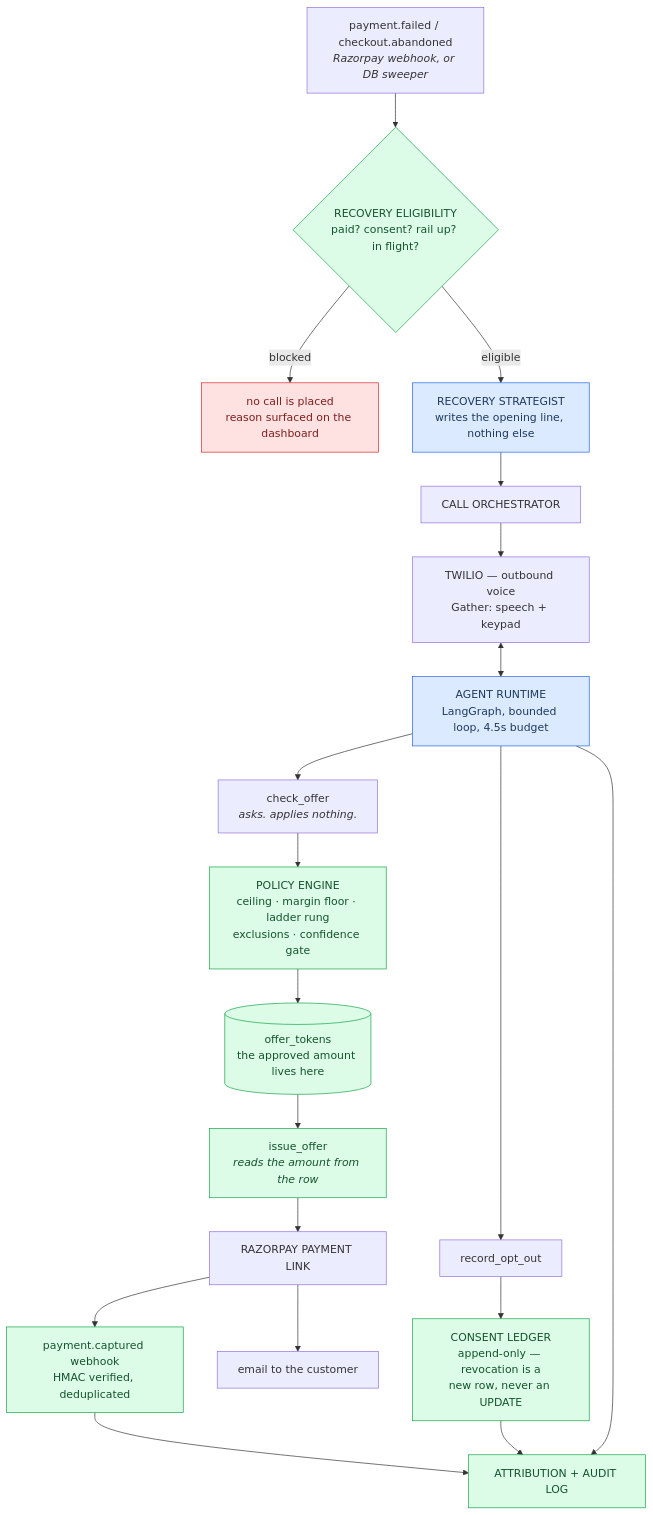
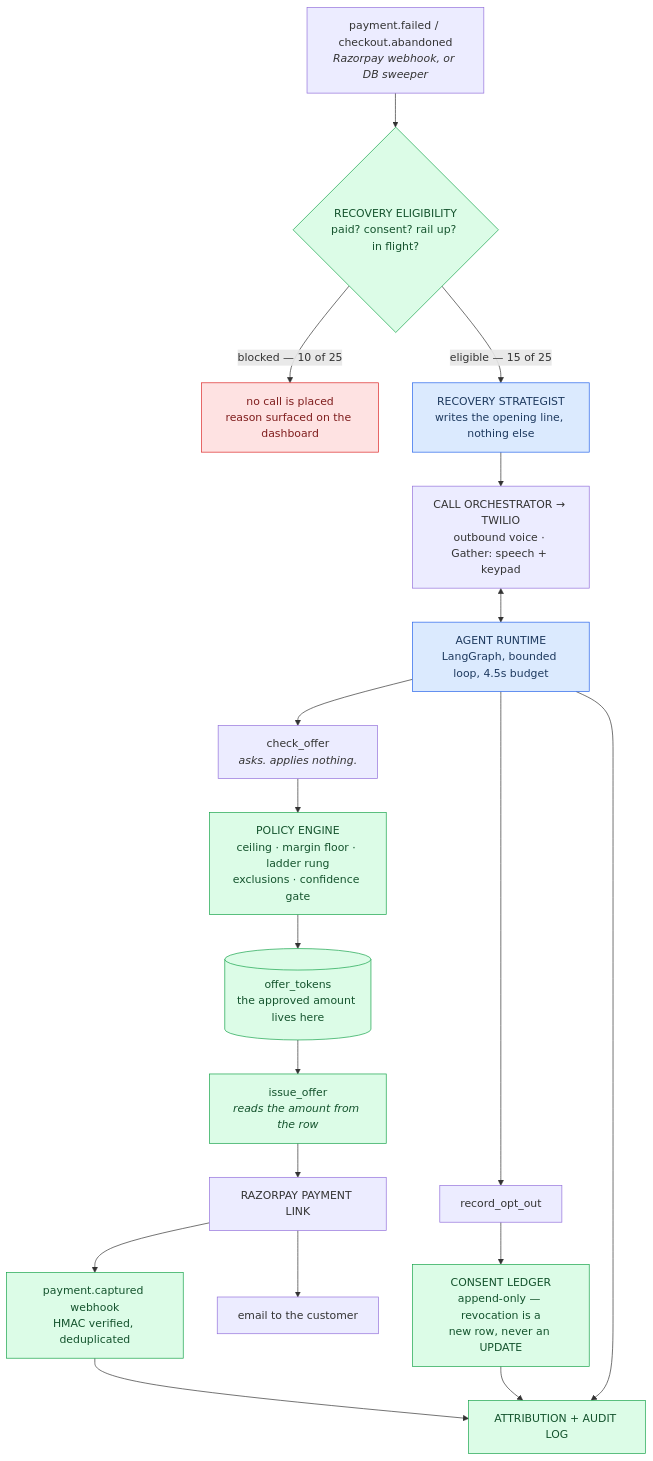
One commit to dhruv457457/KINATO changed the third of 3 diagrams in README.md. Above: the diagram before and after it, drawn with Mermaid. The commit also changed other lines of this file and 2 other files, not shown here.

First line of the commit message:
docs: embed the architecture diagram as an image, with its source beside it

````diff
--- a/README.md
+++ b/README.md
@@ -253,32 +260,31 @@
 ```mermaid
 flowchart TD
     W["payment.failed / checkout.abandoned<br/><i>Razorpay webhook, or DB sweeper</i>"]
     W --> E{"RECOVERY ELIGIBILITY<br/>paid? consent? rail up? in flight?"}
-    E -->|"blocked"| X["no call is placed<br/>reason surfaced on the dashboard"]
-    E -->|"eligible"| S["RECOVERY STRATEGIST<br/>writes the opening line, nothing else"]
-    S --> C["CALL ORCHESTRATOR"]
-    C --> TW["TWILIO — outbound voice<br/>Gather: speech + keypad"]
+    E -->|"blocked — 10 of 25"| X["no call is placed<br/>reason surfaced on the dashboard"]
+    E -->|"eligible — 15 of 25"| S["RECOVERY STRATEGIST<br/>writes the opening line, nothing else"]
+    S --> TW["CALL ORCHESTRATOR → TWILIO<br/>outbound voice · Gather: speech + keypad"]
     TW <--> A["AGENT RUNTIME<br/>LangGraph, bounded loop, 4.5s budget"]
 
     A --> CO["check_offer<br/><i>asks. applies nothing.</i>"]
     A --> OO["record_opt_out"]
 
     CO --> PE["POLICY ENGINE<br/>ceiling · margin floor · ladder rung<br/>exclusions · confidence gate"]
     OO --> CL["CONSENT LEDGER<br/>append-only — revocation is a<br/>new row, never an UPDATE"]
 
     PE --> TK[("offer_tokens<br/>the approved amount lives here")]
     TK --> IO["issue_offer<br/><i>reads the amount from the row</i>"]
     IO --> RZ["RAZORPAY PAYMENT LINK"]
     RZ --> EM["email to the customer"]
     RZ --> HK["payment.captured webhook<br/>HMAC verified, deduplicated"]
     HK --> AU["ATTRIBUTION + AUDIT LOG"]
     CL --> AU
     A --> AU
 
     classDef ai fill:#dbeafe,stroke:#2563eb,color:#1e3a5f
     classDef det fill:#dcfce7,stroke:#16a34a,color:#14532d
     classDef stop fill:#fee2e2,stroke:#dc2626,color:#7f1d1d
     class S,A ai
     class E,PE,CL,TK,IO,AU,HK det
     class X stop
 ```
````
